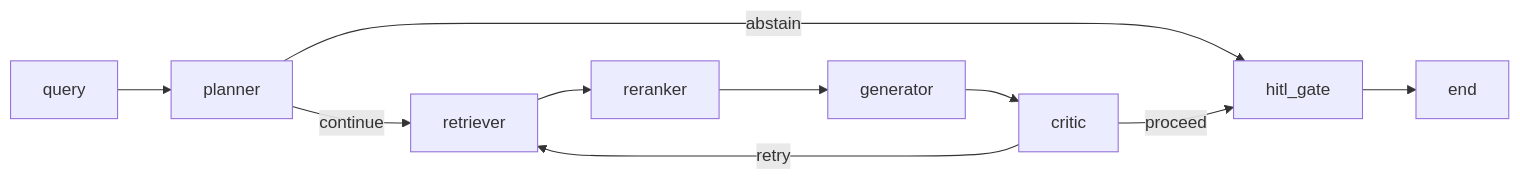
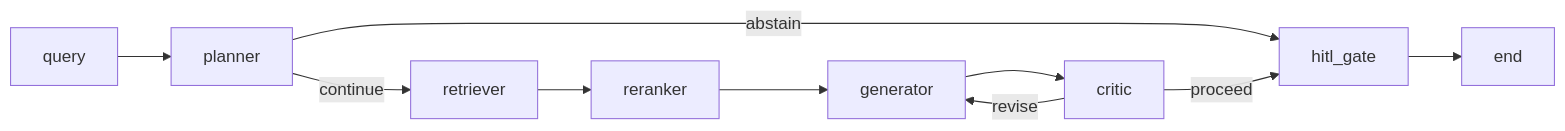
The diagram in README.md (SuneshAgarwal13/eu-ai-act-gdpr-assistant), drawn with Mermaid before and after one commit. The commit also changed other lines of this file, not shown here.

First line of the commit message:
docs(readme): describe the new corpus and graph, report the held-out backtest

````diff
--- a/README.md
+++ b/README.md
@@ -47,12 +47,12 @@
 ```mermaid
 flowchart LR
     Q[query] --> P[planner]
     P -->|continue| R[retriever]
     P -->|abstain| H[hitl_gate]
     R --> RR[reranker]
     RR --> G[generator]
     G --> C[critic]
-    C -->|retry| R
+    C -->|revise| G
     C -->|proceed| H
     H --> E[end]
 ```
````
